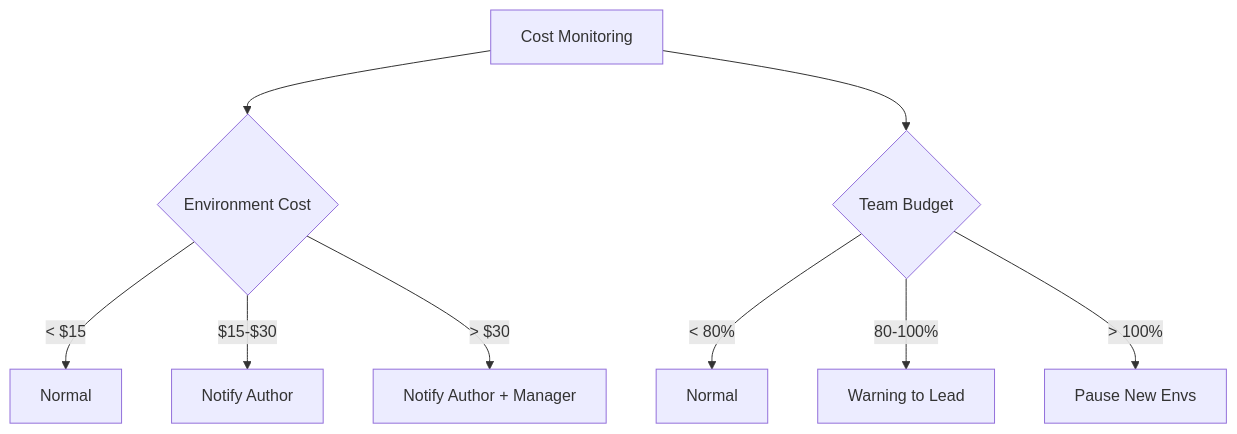
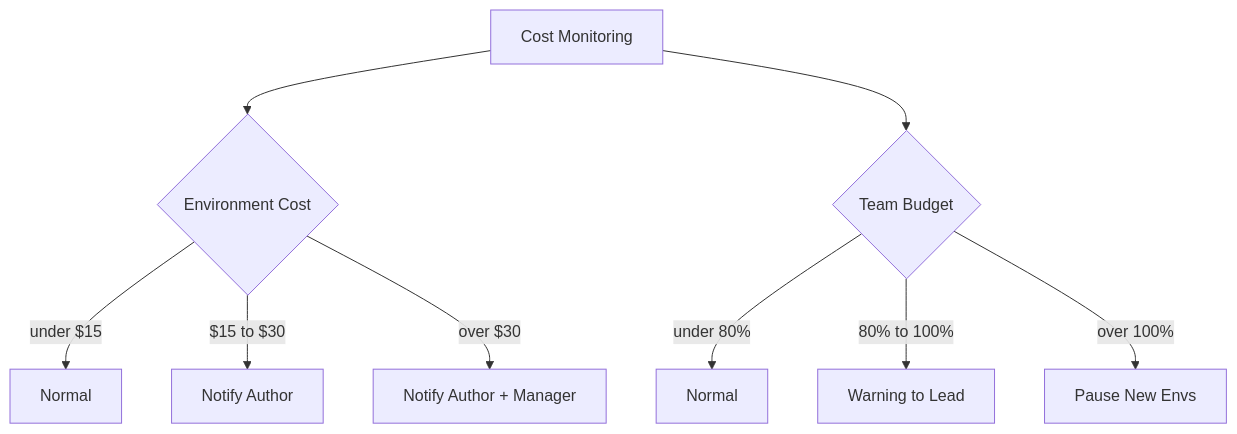
Before and after one commit to webstackdev/astro.webstackbuilders.com: the third of 3 diagrams in src/content/articles/ephemeral-preview-environments-cost-control-cleanup/pdf.mdx, drawn with Mermaid. The commit also changed other lines of this file and 68 other files, not shown here.

````diff
--- a/src/content/articles/ephemeral-preview-environments-cost-control-cleanup/pdf.mdx
+++ b/src/content/articles/ephemeral-preview-environments-cost-control-cleanup/pdf.mdx
@@ -370,13 +370,13 @@
 ```mermaid
 flowchart TD
     A[Cost Monitoring] --> B{Environment Cost}
 
-    B -->|< $15| C[Normal]
-    B -->|$15-$30| D[Notify Author]
-    B -->|> $30| E[Notify Author + Manager]
+  B -->|under $15| C[Normal]
+  B -->|$15 to $30| D[Notify Author]
+  B -->|over $30| E[Notify Author + Manager]
 
     A --> F{Team Budget}
-    F -->|< 80%| G[Normal]
-    F -->|80-100%| H[Warning to Lead]
-    F -->|> 100%| I[Pause New Envs]
+  F -->|under 80%| G[Normal]
+  F -->|80% to 100%| H[Warning to Lead]
+  F -->|over 100%| I[Pause New Envs]
 ```
````
